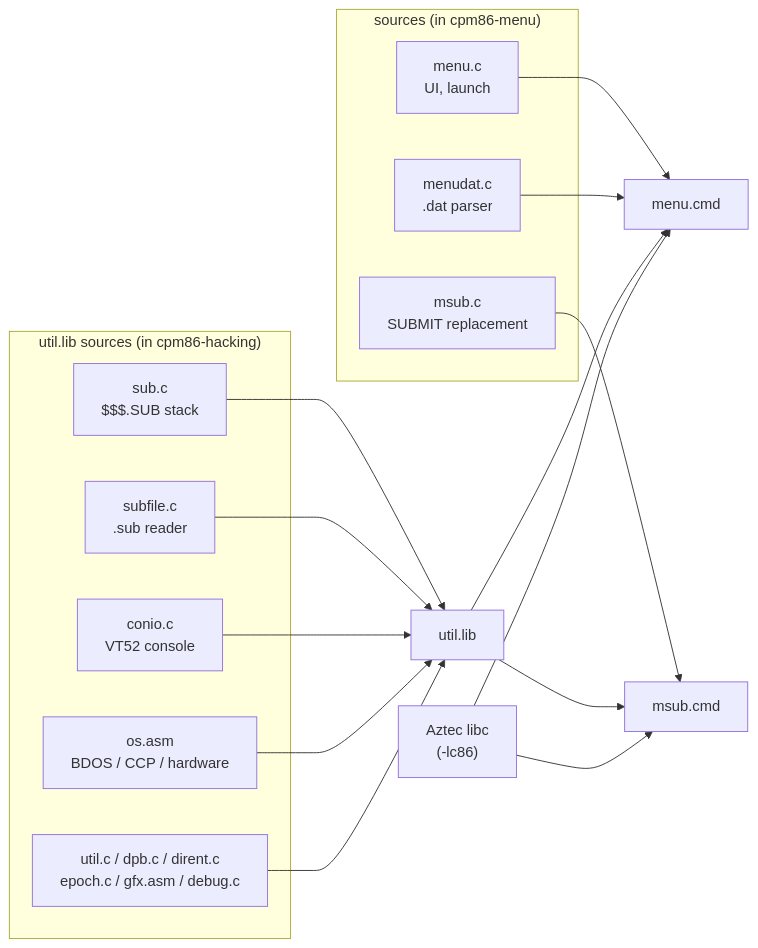
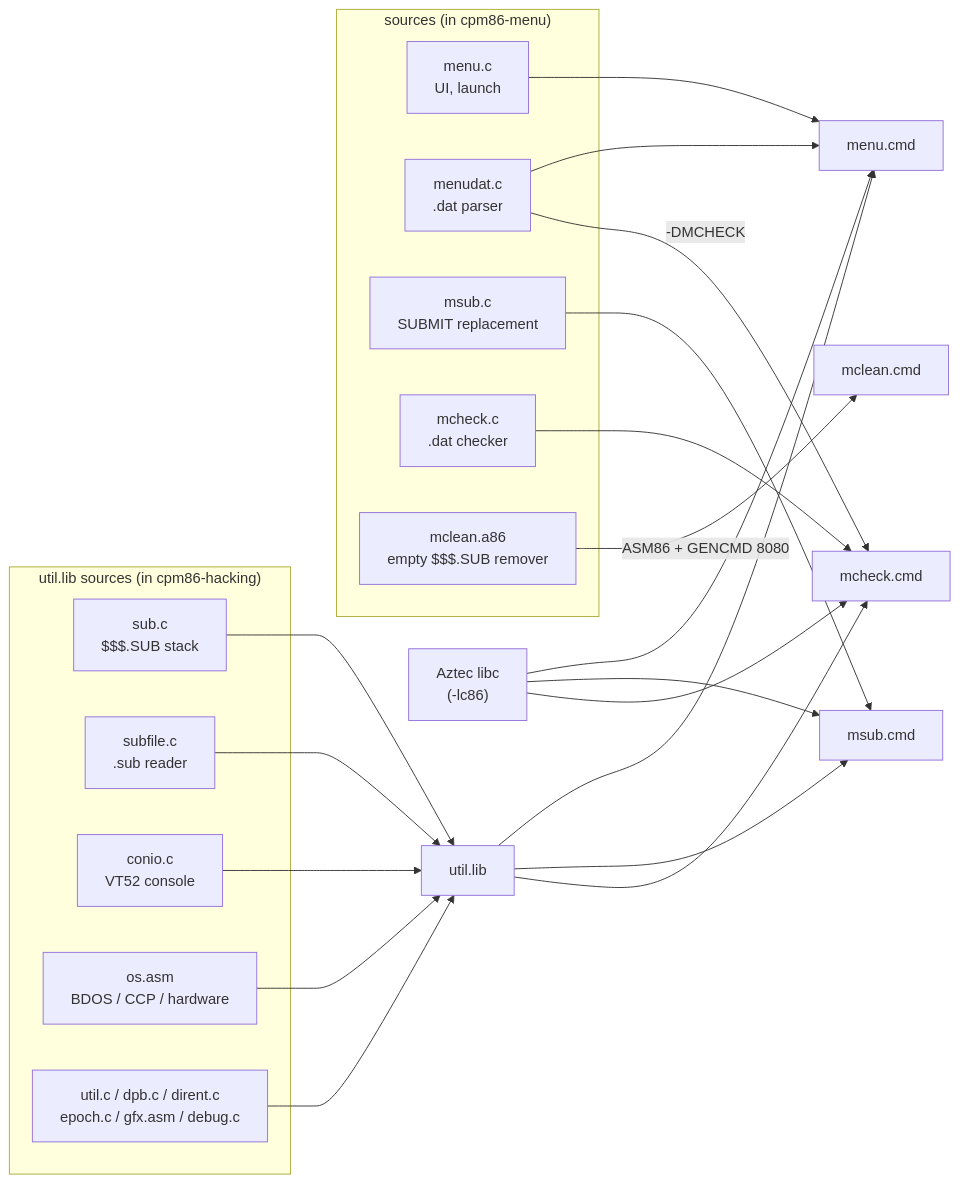
One commit to tsupplis/cpm86-menu changed the first of 5 diagrams in implementation.md. Above: the diagram before and after it, drawn with Mermaid. The commit also changed other lines of this file and 1 other file, not shown here.

````diff
--- a/implementation.md
+++ b/implementation.md
@@ -8,27 +8,34 @@
 ```mermaid
 flowchart LR
     subgraph SRC["sources (in cpm86-menu)"]
         MC["menu.c<br/>UI, launch"]
         MD["menudat.c<br/>.dat parser"]
         MS["msub.c<br/>SUBMIT replacement"]
+        MK["mcheck.c<br/>.dat checker"]
+        ML["mclean.a86<br/>empty $$$.SUB remover"]
     end
     subgraph ULS["util.lib sources (in cpm86-hacking)"]
         SC["sub.c<br/>$$$.SUB stack"]
         SF["subfile.c<br/>.sub reader"]
         CO["conio.c<br/>VT52 console"]
         OS["os.asm<br/>BDOS / CCP / hardware"]
         UT["util.c / dpb.c / dirent.c<br/>epoch.c / gfx.asm / debug.c"]
     end
     SC --> UL["util.lib"]
     SF --> UL
     CO --> UL
     OS --> UL
     UT --> UL
     MC --> CMD["menu.cmd"]
     MD --> CMD
     UL --> CMD
     LC["Aztec libc<br/>(-lc86)"] --> CMD
     MS --> MSC["msub.cmd"]
     UL --> MSC
     LC --> MSC
+    MK --> MKC["mcheck.cmd"]
+    MD -- "-DMCHECK" --> MKC
+    UL --> MKC
+    LC --> MKC
+    ML -- "ASM86 + GENCMD 8080" --> MLC["mclean.cmd"]
 ```
````
